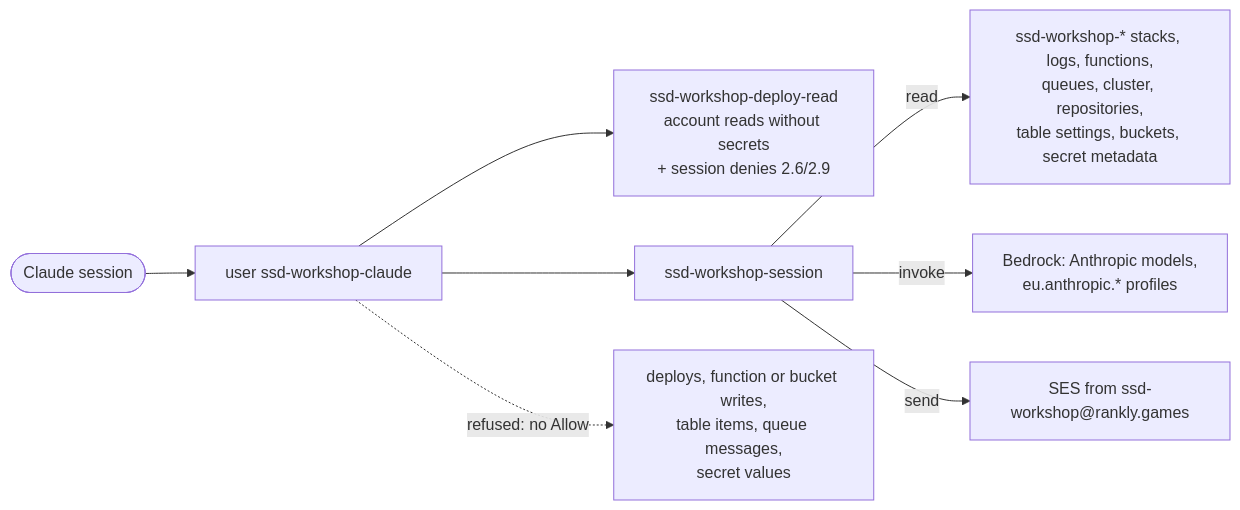
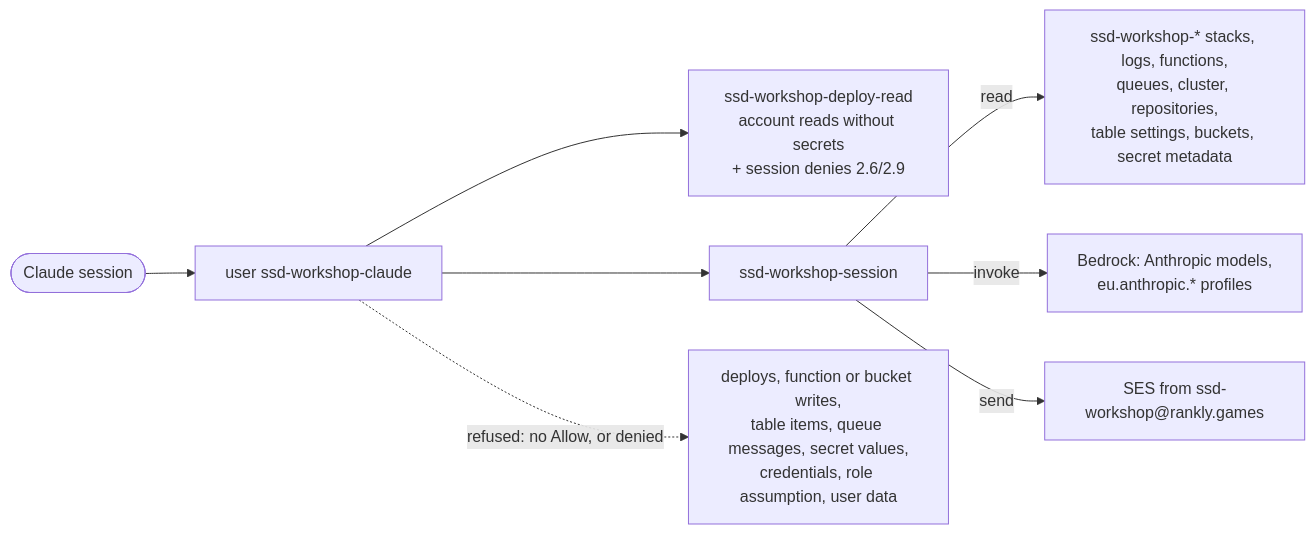
One commit to kifbv/ssd-workshop changed the third of 4 diagrams in infra/access/README.md. Above: the diagram before and after it, drawn with Mermaid. The commit also changed other lines of this file and 6 other files, not shown here.

````diff
--- a/infra/access/README.md
+++ b/infra/access/README.md
@@ -225,10 +228,10 @@
 ```mermaid
 flowchart LR
   S([Claude session]) --> U[user ssd-workshop-claude]
   U --> R[ssd-workshop-deploy-read<br/>account reads without secrets<br/>+ session denies 2.6/2.9]
   U --> P[ssd-workshop-session]
   P -->|read| W[ssd-workshop-* stacks, logs, functions,<br/>queues, cluster, repositories,<br/>table settings, buckets, secret metadata]
   P -->|invoke| B[Bedrock: Anthropic models,<br/>eu.anthropic.* profiles]
   P -->|send| E[SES from ssd-workshop@rankly.games]
-  U -.->|refused: no Allow| X[deploys, function or bucket writes,<br/>table items, queue messages,<br/>secret values]
+  U -.->|refused: no Allow, or denied| X[deploys, function or bucket writes,<br/>table items, queue messages, secret values,<br/>credentials, role assumption, user data]
 ```
````
